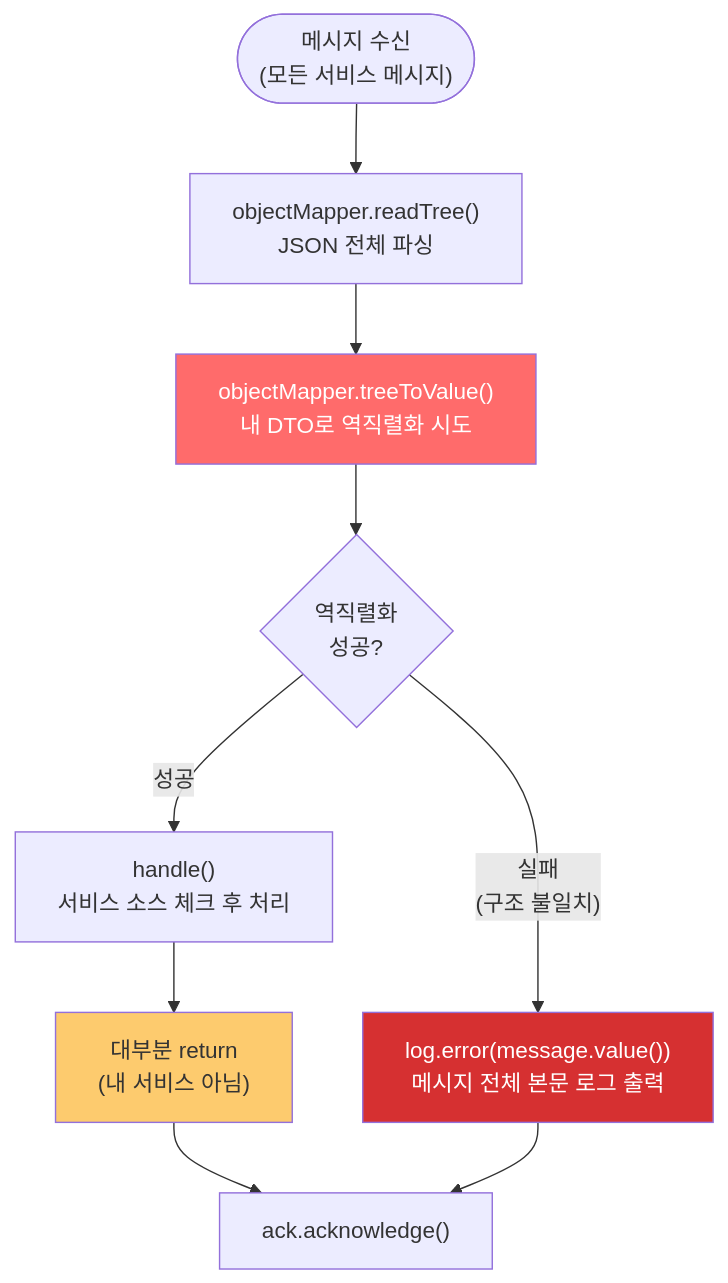
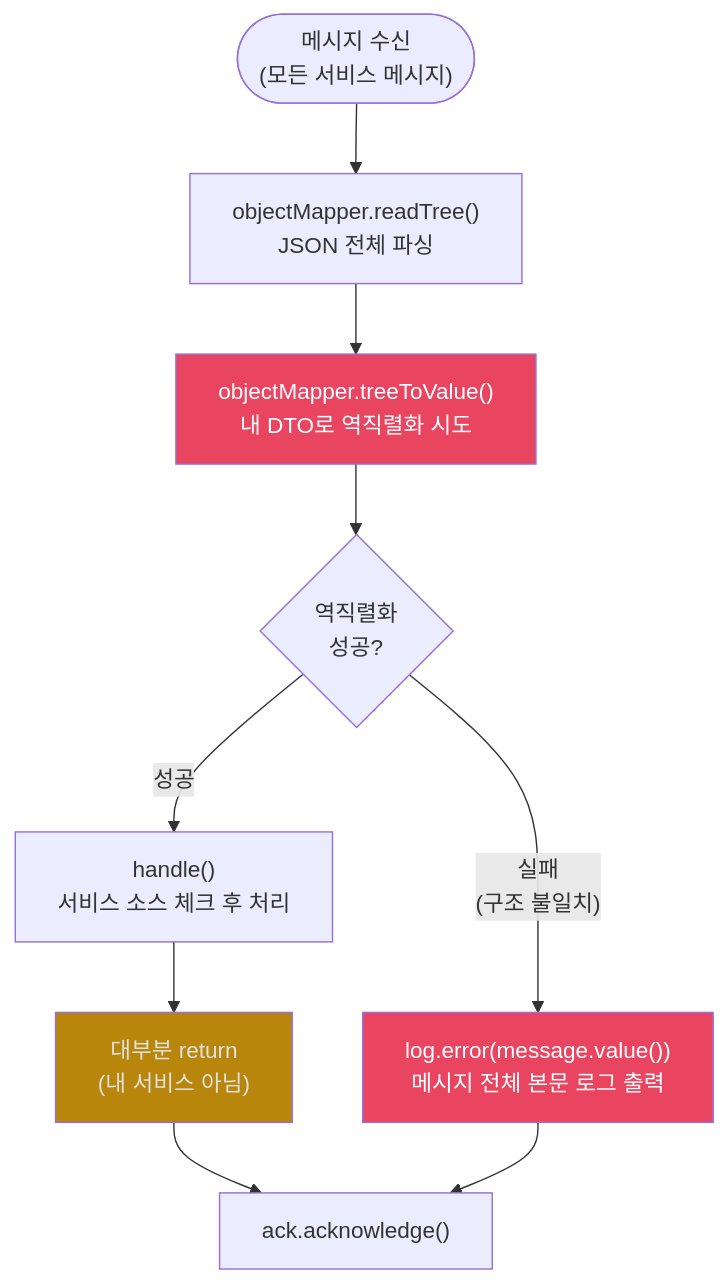
The second of 8 diagrams in contents/posts/roopers/technical-writing/round4/index.md (hyungkishin/hyungkishin.github.io), drawn with Mermaid before and after one commit. The commit also changed other lines of this file and 3 other files, not shown here.

Commit message:
style: round1~5 블로그 톤 통일 (~합니다 체, 단문 연결, Mermaid 색상, AI 패턴 제거)

````diff
--- a/contents/posts/roopers/technical-writing/round4/index.md
+++ b/contents/posts/roopers/technical-writing/round4/index.md
@@ -61,26 +65,26 @@
 ```mermaid
 flowchart TD
     start(["메시지 수신<br/>(모든 서비스 메시지)"])
     readTree["objectMapper.readTree()<br/>JSON 전체 파싱"]
     treeToValue["objectMapper.treeToValue()<br/>내 DTO로 역직렬화 시도"]
     success{"역직렬화<br/>성공?"}
     handle["handle()<br/>서비스 소스 체크 후 처리"]
     logError["log.error(message.value())<br/>메시지 전체 본문 로그 출력"]
     mostly_return["대부분 return<br/>(내 서비스 아님)"]
     ack["ack.acknowledge()"]
 
     start --> readTree
     readTree --> treeToValue
     treeToValue --> success
 
     success -->|"성공"| handle
     success -->|"실패<br/>(구조 불일치)"| logError
 
     handle --> mostly_return
     mostly_return --> ack
     logError --> ack
 
-    style treeToValue fill:#ff6b6b,color:#fff
-    style logError fill:#d63031,color:#fff
-    style mostly_return fill:#fdcb6e,color:#333
+    style treeToValue fill:#e94560,color:#ffffff
+    style logError fill:#e94560,color:#ffffff
+    style mostly_return fill:#b8860b,color:#e0e0e0
 ```
````
